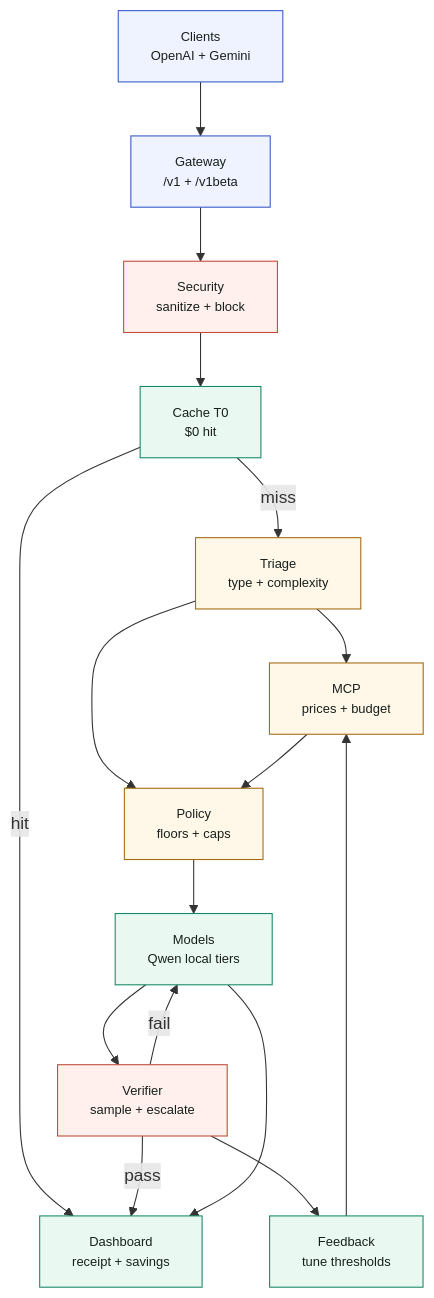
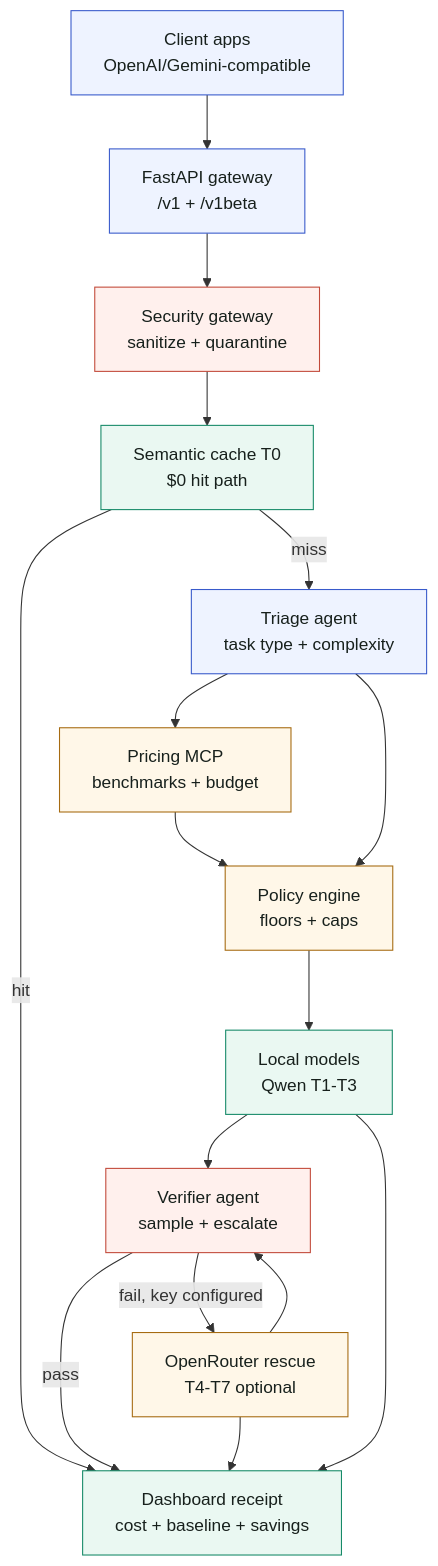
The diagram in README.md (kirankigi5/tokentriage), drawn with Mermaid before and after one commit. The commit also changed other lines of this file and 20 other files, not shown here.

First line of the commit message:
Add new logo images for OpenAI and OpenRouter in WEBP format

````diff
--- a/README.md
+++ b/README.md
@@ -111,49 +120,36 @@
 ```mermaid
 flowchart TD
-    Client["Clients<br/>OpenAI + Gemini"]
-    Gateway["Gateway<br/>/v1 + /v1beta"]
-    Security["Security<br/>sanitize + block"]
-    Cache["Cache T0<br/>$0 hit"]
-    Triage["Triage<br/>type + complexity"]
-    MCP["MCP<br/>prices + budget"]
-    Policy["Policy<br/>floors + caps"]
-    Models["Models<br/>Qwen local tiers"]
-    Verify["Verifier<br/>sample + escalate"]
-    Tune["Feedback<br/>tune thresholds"]
-    Dash["Dashboard<br/>receipt + savings"]
+    Client["Client apps<br/>OpenAI/Gemini-compatible"]
+    Gateway["FastAPI gateway<br/>/v1 + /v1beta"]
+    Security["Security gateway<br/>sanitize + quarantine"]
+    Cache["Semantic cache T0<br/>$0 hit path"]
+    Triage["Triage agent<br/>task type + complexity"]
+    MCP["Pricing MCP<br/>benchmarks + budget"]
+    Policy["Policy engine<br/>floors + caps"]
+    Local["Local models<br/>Qwen T1-T3"]
+    Verifier["Verifier agent<br/>sample + escalate"]
+    OpenRouter["OpenRouter rescue<br/>T4-T7 optional"]
+    Dashboard["Dashboard receipt<br/>cost + baseline + savings"]
 
     Client --> Gateway --> Security --> Cache
-    Cache -- hit --> Dash
+    Cache -- hit --> Dashboard
     Cache -- miss --> Triage
-    Triage --> MCP
+    Triage --> MCP --> Policy
     Triage --> Policy
-    MCP --> Policy
-    Policy --> Models
-    Models --> Verify
-    Verify -- pass --> Dash
-    Verify -- fail --> Models
-    Verify --> Tune --> MCP
-    Models --> Dash
+    Policy --> Local
+    Local --> Verifier
+    Verifier -- pass --> Dashboard
+    Verifier -- "fail, key configured" --> OpenRouter --> Verifier
+    Local --> Dashboard
+    OpenRouter --> Dashboard
 
-    classDef ingress fill:#eef3ff,stroke:#385acb,color:#17201c
-    classDef control fill:#fff7e8,stroke:#a66b11,color:#17201c
-    classDef save fill:#eaf8f2,stroke:#168a68,color:#17201c
-    classDef risk fill:#fff0ed,stroke:#c24a3a,color:#17201c
+    classDef local fill:#eaf8f2,stroke:#168a68,color:#17201c
+    classDef route fill:#eef3ff,stroke:#385acb,color:#17201c
+    classDef guard fill:#fff0ed,stroke:#c24a3a,color:#17201c
+    classDef policy fill:#fff7e8,stroke:#a66b11,color:#17201c
 
-    class Client,Gateway ingress
-    class Security,Verify risk
-    class Cache,Models,Dash,Tune save
-    class Triage,MCP,Policy control
-
-    style Client font-size:12px
-    style Gateway font-size:12px
-    style Security font-size:12px
-    style Cache font-size:12px
-    style Triage font-size:12px
-    style MCP font-size:12px
-    style Policy font-size:12px
-    style Models font-size:12px
-    style Verify font-size:12px
-    style Tune font-size:12px
-    style Dash font-size:12px
+    class Cache,Local,Dashboard local
+    class Client,Gateway,Triage route
+    class Security,Verifier guard
+    class MCP,Policy,OpenRouter policy
 ```
````
